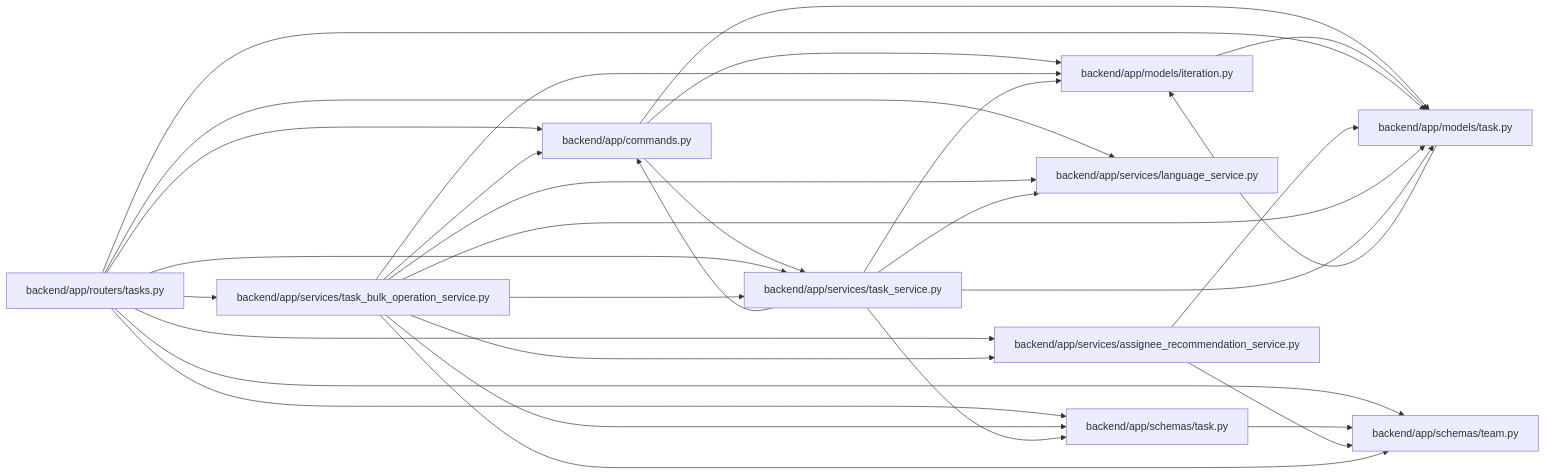
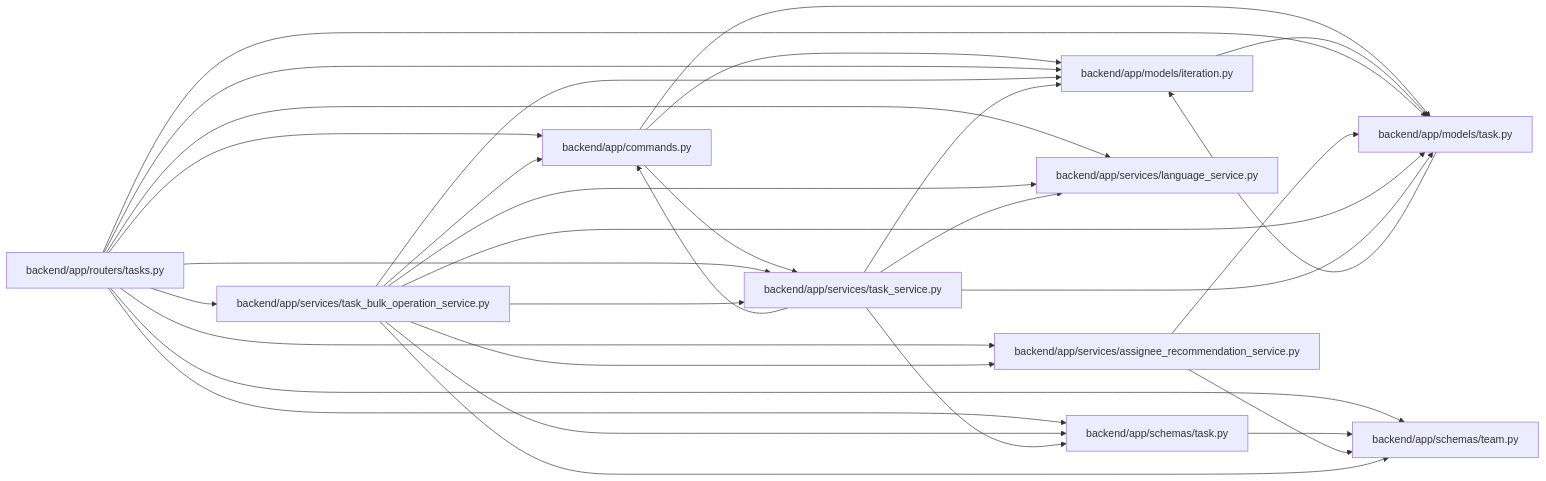
One commit to Denissvgn/WorkChord changed the diagram in docs/llm_wiki/modules/task_bulk_operation_service.md. Above: the diagram before and after it, drawn with Mermaid. The commit also changed 6624 other files, not shown here.

````diff
--- a/docs/llm_wiki/modules/task_bulk_operation_service.md
+++ b/docs/llm_wiki/modules/task_bulk_operation_service.md
@@ -32,52 +32,53 @@
 ```mermaid
 flowchart LR
     n0["backend/app/commands.py"]
     n1["backend/app/models/iteration.py"]
     n2["backend/app/models/task.py"]
     n3["backend/app/routers/tasks.py"]
     n4["backend/app/schemas/task.py"]
     n5["backend/app/schemas/team.py"]
     n6["backend/app/services/assignee_recommendation_service.py"]
     n7["backend/app/services/language_service.py"]
     n8["backend/app/services/task_bulk_operation_service.py"]
     n9["backend/app/services/task_service.py"]
     n0 --> n1
     n0 --> n2
     n0 --> n9
     n1 --> n2
     n2 --> n1
     n3 --> n0
+    n3 --> n1
     n3 --> n2
     n3 --> n4
     n3 --> n5
     n3 --> n6
     n3 --> n7
     n3 --> n8
     n3 --> n9
     n4 --> n5
     n6 --> n2
     n6 --> n5
     n8 --> n0
     n8 --> n1
     n8 --> n2
     n8 --> n4
     n8 --> n5
     n8 --> n6
     n8 --> n7
     n8 --> n9
     n9 --> n0
     n9 --> n1
     n9 --> n2
     n9 --> n4
     n9 --> n7
     click n0 "../modules/commands.md"
     click n1 "../modules/models_iteration.md"
     click n2 "../modules/models_task.md"
     click n3 "../modules/tasks.md"
     click n4 "../modules/schemas_task.md"
     click n5 "../modules/schemas_team.md"
     click n6 "../modules/assignee_recommendation_service.md"
     click n7 "../modules/language_service.md"
     click n8 "../modules/task_bulk_operation_service.md"
     click n9 "../modules/task_service.md"
 ```
````
